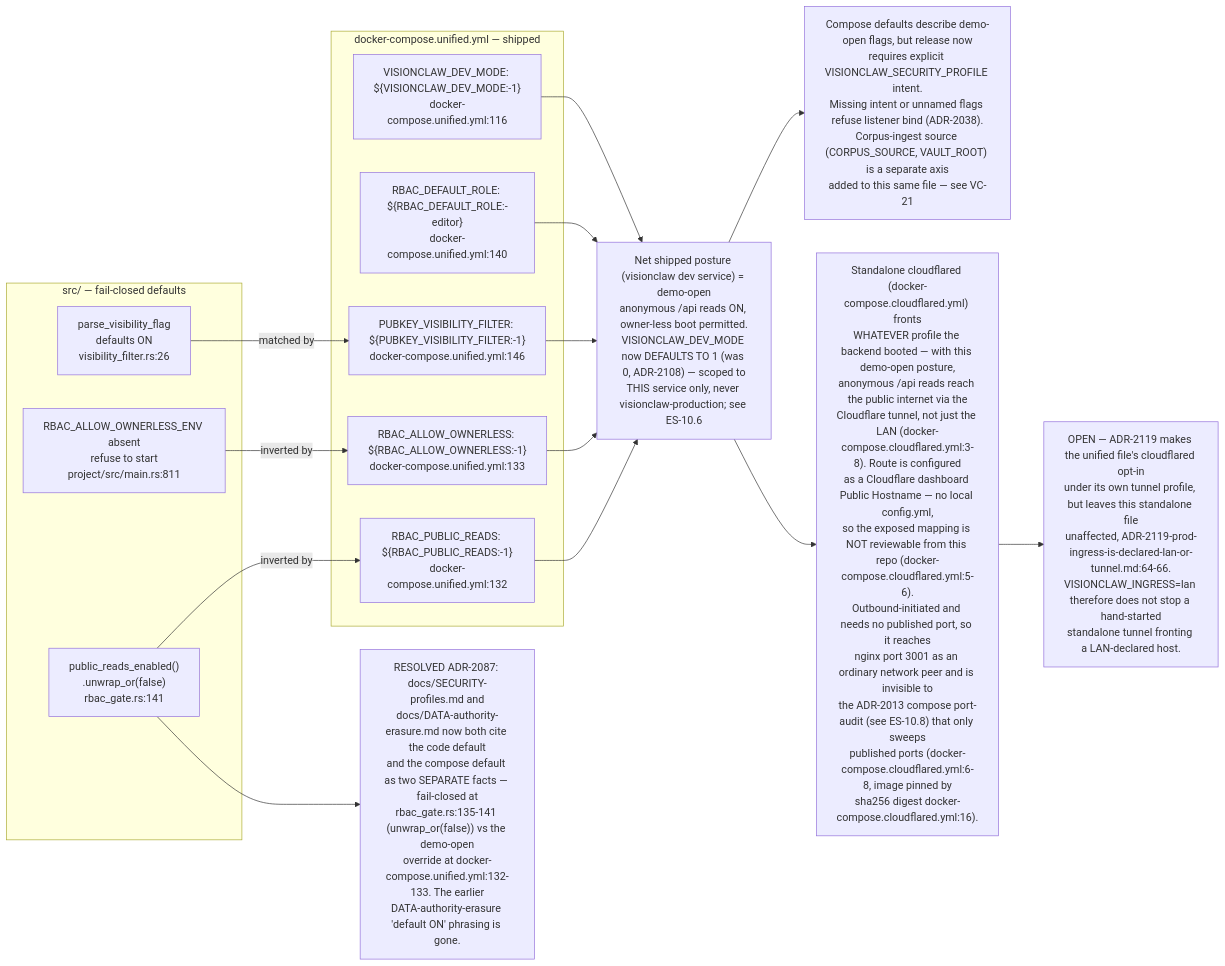
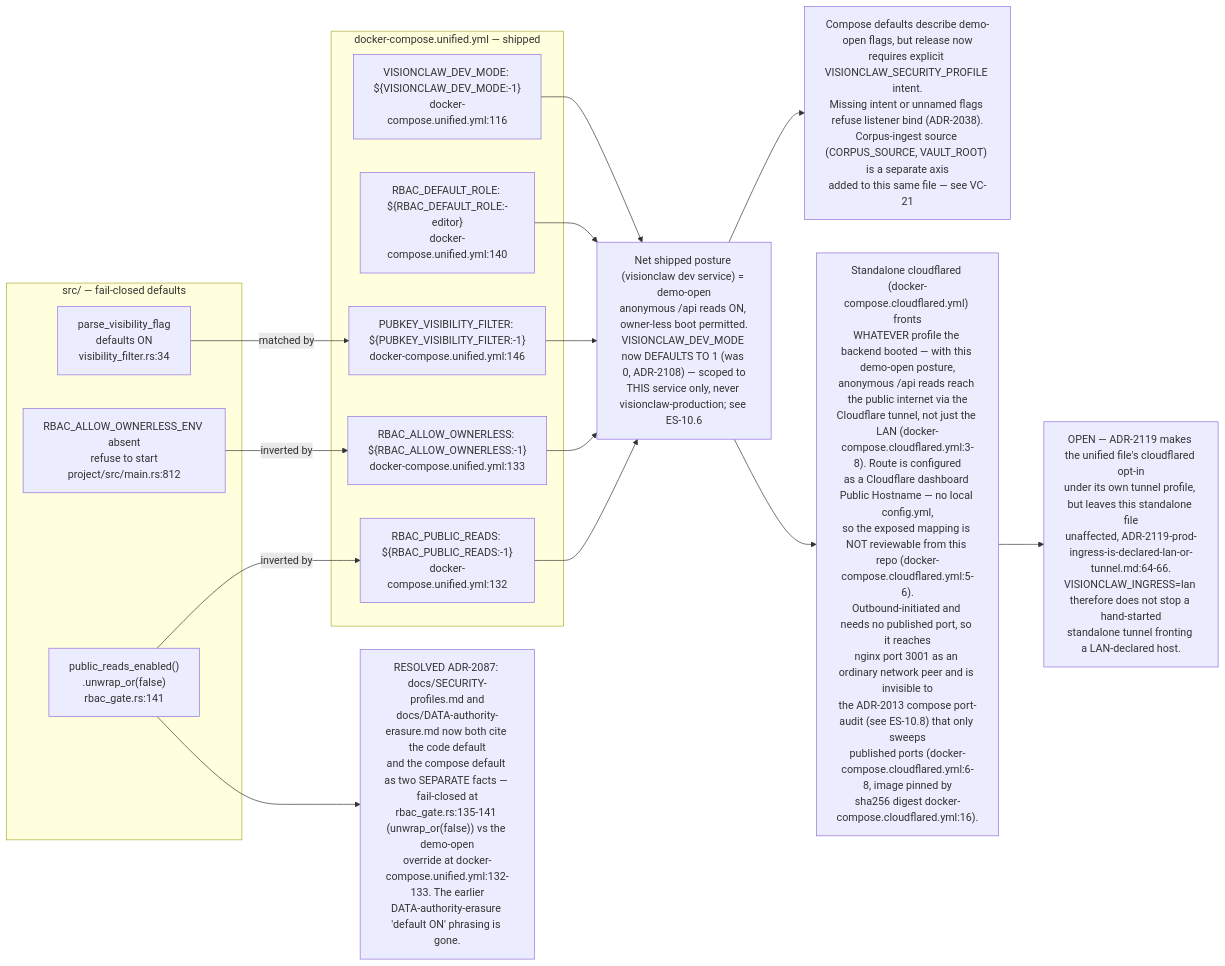
The third of 11 diagrams in docs/diagrams/estate/10-deployment-and-security-profiles.md (DreamLab-AI/VisionFlow), drawn with Mermaid before and after one commit. The commit also changed other lines of this file and 49 other files, not shown here.

First line of the commit message:
docs(diagrams): re-derive and re-stamp VisionClaw, estate, knowledge-graph, visionGraph, VisionFlow and sidestr topics

````diff
--- a/docs/diagrams/estate/10-deployment-and-security-profiles.md
+++ b/docs/diagrams/estate/10-deployment-and-security-profiles.md
@@ -146,33 +146,33 @@
 ```mermaid
 flowchart LR
     subgraph codeside["src/ — fail-closed defaults"]
         A1["public_reads_enabled()<br/>.unwrap_or(false)<br/>rbac_gate.rs:141"]
-        A2["RBAC_ALLOW_OWNERLESS_ENV absent<br/>refuse to start<br/>project/src/main.rs:811"]
-        A3["parse_visibility_flag<br/>defaults ON<br/>visibility_filter.rs:26"]
+        A2["RBAC_ALLOW_OWNERLESS_ENV absent<br/>refuse to start<br/>project/src/main.rs:812"]
+        A3["parse_visibility_flag<br/>defaults ON<br/>visibility_filter.rs:34"]
     end
     subgraph composeside["docker-compose.unified.yml — shipped"]
         B1["RBAC_PUBLIC_READS: ${RBAC_PUBLIC_READS:-1}<br/>docker-compose.unified.yml:132"]
         B2["RBAC_ALLOW_OWNERLESS: ${RBAC_ALLOW_OWNERLESS:-1}<br/>docker-compose.unified.yml:133"]
         B3["PUBKEY_VISIBILITY_FILTER: ${PUBKEY_VISIBILITY_FILTER:-1}<br/>docker-compose.unified.yml:146"]
         B4["RBAC_DEFAULT_ROLE: ${RBAC_DEFAULT_ROLE:-editor}<br/>docker-compose.unified.yml:140"]
         B5["VISIONCLAW_DEV_MODE: ${VISIONCLAW_DEV_MODE:-1}<br/>docker-compose.unified.yml:116"]
     end
     NET["Net shipped posture (visionclaw dev service) = demo-open<br/>anonymous /api reads ON, owner-less boot permitted.<br/>VISIONCLAW_DEV_MODE now DEFAULTS TO 1 (was 0, ADR-2108) — scoped to<br/>THIS service only, never visionclaw-production; see ES-10.6"]
     DRIFT1["Compose defaults describe demo-open flags, but release now<br/>requires explicit VISIONCLAW_SECURITY_PROFILE intent.<br/>Missing intent or unnamed flags refuse listener bind (ADR-2038).<br/>Corpus-ingest source (CORPUS_SOURCE, VAULT_ROOT) is a separate axis<br/>added to this same file — see VC-21"]
     DRIFT2["RESOLVED ADR-2087: docs/SECURITY-profiles.md and<br/>docs/DATA-authority-erasure.md now both cite the code default<br/>and the compose default as two SEPARATE facts — fail-closed at<br/>rbac_gate.rs:135-141 (unwrap_or(false)) vs the demo-open<br/>override at docker-compose.unified.yml:132-133. The earlier<br/>DATA-authority-erasure 'default ON' phrasing is gone."]
     CFT["Standalone cloudflared (docker-compose.cloudflared.yml) fronts<br/>WHATEVER profile the backend booted — with this demo-open posture,<br/>anonymous /api reads reach the public internet via the<br/>Cloudflare tunnel, not just the LAN (docker-compose.cloudflared.yml:3-8). Route is configured<br/>as a Cloudflare dashboard Public Hostname — no local config.yml,<br/>so the exposed mapping is NOT reviewable from this repo (docker-compose.cloudflared.yml:5-6).<br/>Outbound-initiated and needs no published port, so it reaches<br/>nginx port 3001 as an ordinary network peer and is invisible to<br/>the ADR-2013 compose port-audit (see ES-10.8) that only sweeps<br/>published ports (docker-compose.cloudflared.yml:6-8, image pinned by<br/>sha256 digest docker-compose.cloudflared.yml:16)."]
 
     A1 -- "inverted by" --> B1
     A2 -- "inverted by" --> B2
     A3 -- "matched by" --> B3
     B1 --> NET
     B2 --> NET
     B3 --> NET
     B4 --> NET
     B5 --> NET
     NET --> DRIFT1
     NET --> CFT
     LANGAP["OPEN — ADR-2119 makes the unified file's cloudflared opt-in<br/>under its own tunnel profile, but leaves this standalone file<br/>unaffected, ADR-2119-prod-ingress-is-declared-lan-or-tunnel.md:64-66.<br/>VISIONCLAW_INGRESS=lan therefore does not stop a hand-started<br/>standalone tunnel fronting a LAN-declared host."]
     CFT --> LANGAP
     A1 --> DRIFT2
 ```
````
